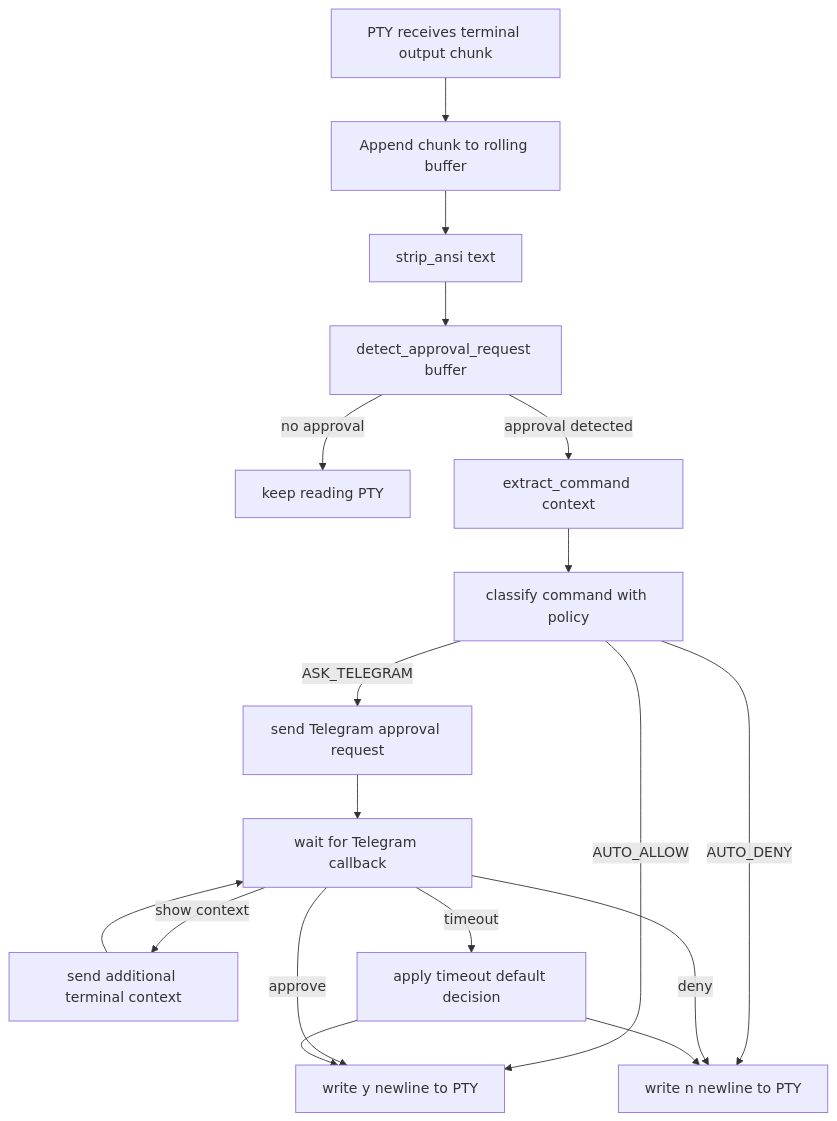
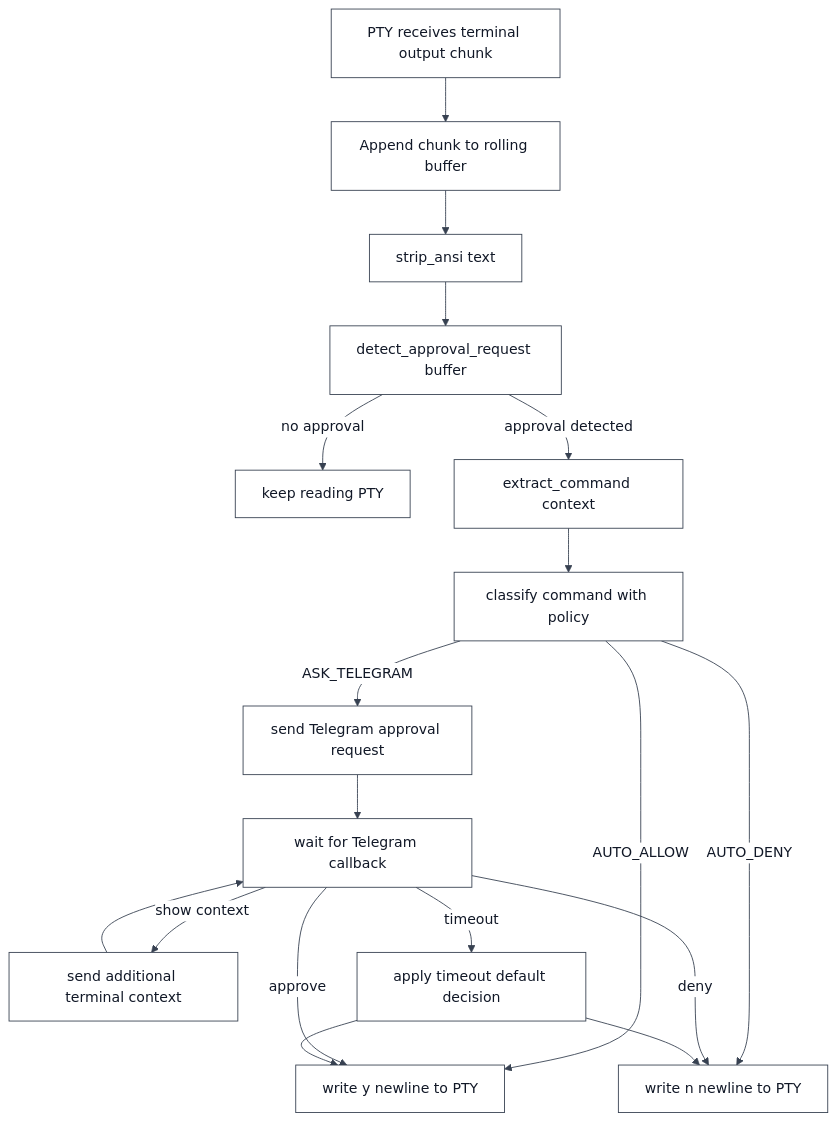
Before and after one commit to kinderp/durex: the fourth of 7 diagrams in docs/ARCHITECTURE.md, drawn with Mermaid. The commit also changed other lines of this file and 6 other files, not shown here.

First line of the commit message:
Fix Mermaid diagram text contrast

````diff
--- a/docs/ARCHITECTURE.md
+++ b/docs/ARCHITECTURE.md
@@ -104,20 +107,21 @@
 ```mermaid
+%%{init: {"theme": "base", "themeVariables": {"primaryColor": "#ffffff", "primaryTextColor": "#111827", "primaryBorderColor": "#374151", "lineColor": "#374151", "secondaryColor": "#f3f4f6", "tertiaryColor": "#ffffff", "textColor": "#111827", "mainBkg": "#ffffff", "nodeBorder": "#374151", "clusterBkg": "#f9fafb", "clusterBorder": "#9ca3af", "edgeLabelBackground": "#ffffff", "actorBkg": "#ffffff", "actorBorder": "#374151", "actorTextColor": "#111827", "activationBkgColor": "#e5e7eb", "activationBorderColor": "#374151", "signalColor": "#111827", "signalTextColor": "#111827", "noteBkgColor": "#fef3c7", "noteTextColor": "#111827", "noteBorderColor": "#92400e"}}}%%
 flowchart TD
     A[PTY receives terminal output chunk] --> B[Append chunk to rolling buffer]
     B --> C[strip_ansi text]
     C --> D[detect_approval_request buffer]
     D -->|no approval| E[keep reading PTY]
     D -->|approval detected| F[extract_command context]
     F --> G[classify command with policy]
     G -->|AUTO_ALLOW| H[write y newline to PTY]
     G -->|AUTO_DENY| I[write n newline to PTY]
     G -->|ASK_TELEGRAM| J[send Telegram approval request]
     J --> K[wait for Telegram callback]
     K -->|approve| H
     K -->|deny| I
     K -->|show context| L[send additional terminal context]
     L --> K
     K -->|timeout| M[apply timeout default decision]
     M --> H
     M --> I
 ```
````
